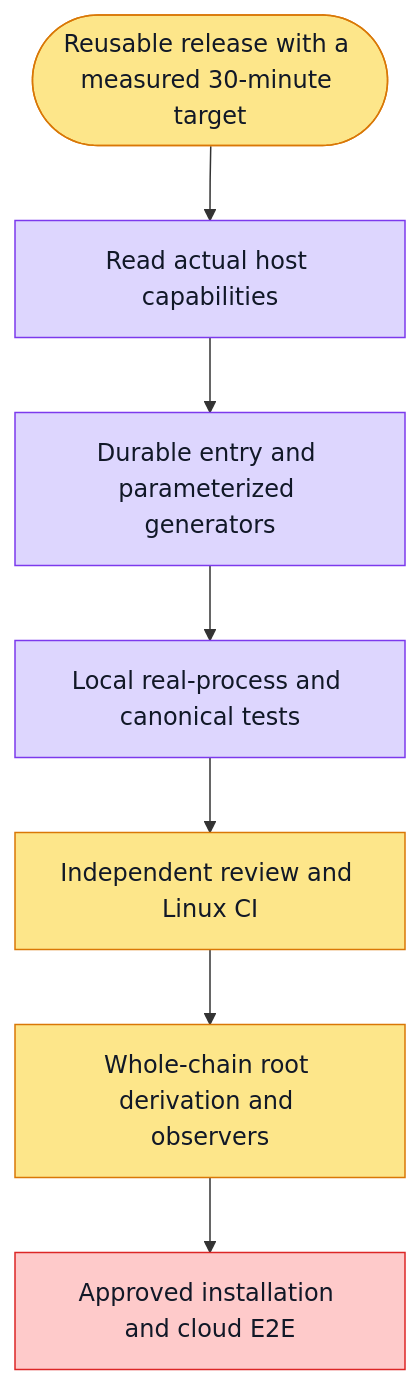
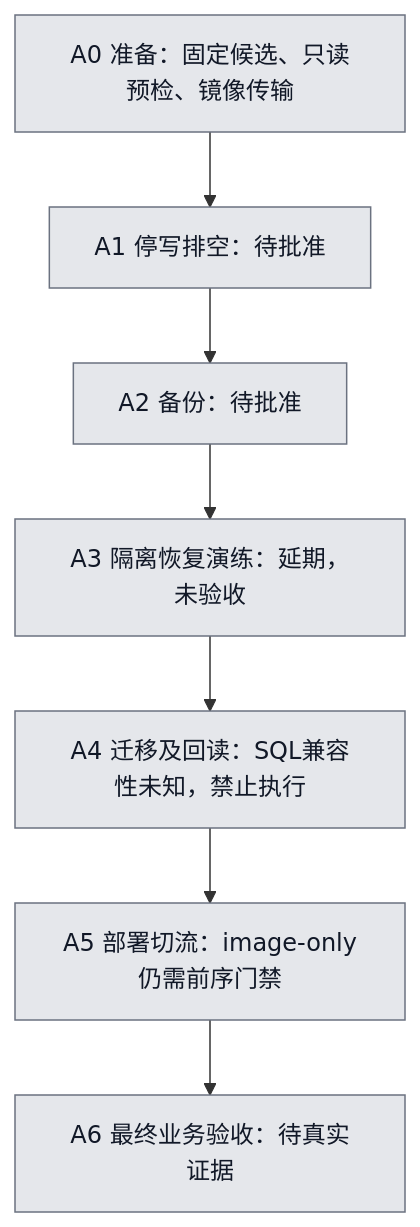
One commit to boardx/workspacex changed the diagram in docs/operations/cn-release-entry/plan.md. Above: the diagram before and after it, drawn with Mermaid. The commit also changed other lines of this file and 9 other files, not shown here.

Commit message:
feat(release): add fixed-candidate isolated orchestration and evidence gates

````diff
--- a/docs/operations/cn-release-entry/plan.md
+++ b/docs/operations/cn-release-entry/plan.md
@@ -5,27 +16,23 @@
 ```mermaid
 flowchart TD
-  G([Reusable release with a measured 30-minute target])
-  S1[Read actual host capabilities]
-  S2[Durable entry and parameterized generators]
-  S3[Local real-process and canonical tests]
-  S4[Independent review and Linux CI]
-  S5[Whole-chain root derivation and observers]
-  S6[Approved installation and cloud E2E]
-  G --> S1 --> S2 --> S3 --> S4 --> S5 --> S6
+  A0[A0 准备：固定候选、只读预检、镜像传输]
+  A1[A1 停写排空：待批准]
+  A2[A2 备份：待批准]
+  A3[A3 隔离恢复演练：延期，未验收]
+  A4[A4 迁移及回读：SQL兼容性未知，禁止执行]
+  A5[A5 部署切流：image-only仍需前序门禁]
+  A6[A6 最终业务验收：待真实证据]
+  A0 --> A1 --> A2 --> A3 --> A4 --> A5 --> A6
   classDef todo fill:#e5e7eb,stroke:#6b7280,color:#111827
   classDef doing fill:#fde68a,stroke:#d97706,color:#111827
   classDef done fill:#bbf7d0,stroke:#16a34a,color:#111827
   classDef tested fill:#ddd6fe,stroke:#7c3aed,color:#111827
   classDef blocked fill:#fecaca,stroke:#dc2626,color:#111827
-  class G doing
-  class S1 tested
-  class S2 tested
-  class S3 tested
-  class S4 doing
-  class S5 doing
-  class S6 blocked
-  %% evidence S1: root readonly probes 17:26:48Z and 17:54:22Z, exact wrapper hashes and cgroup2 capabilities
-  %% evidence S2: 27 entry, 33 parameterized continuation, 9 derived approval tests PASS
-  %% evidence S3: real subprocess handshake/timeout/reconcile and canonical seven-ZIP plus original materializer integration
-  %% blocked S6: exact installation and permissions require approval; real cloud business E2E and 30min target unverified
+  class A0 todo
+  class A1 todo
+  class A2 todo
+  class A3 todo
+  class A4 todo
+  class A5 todo
+  class A6 todo
 ```
````
